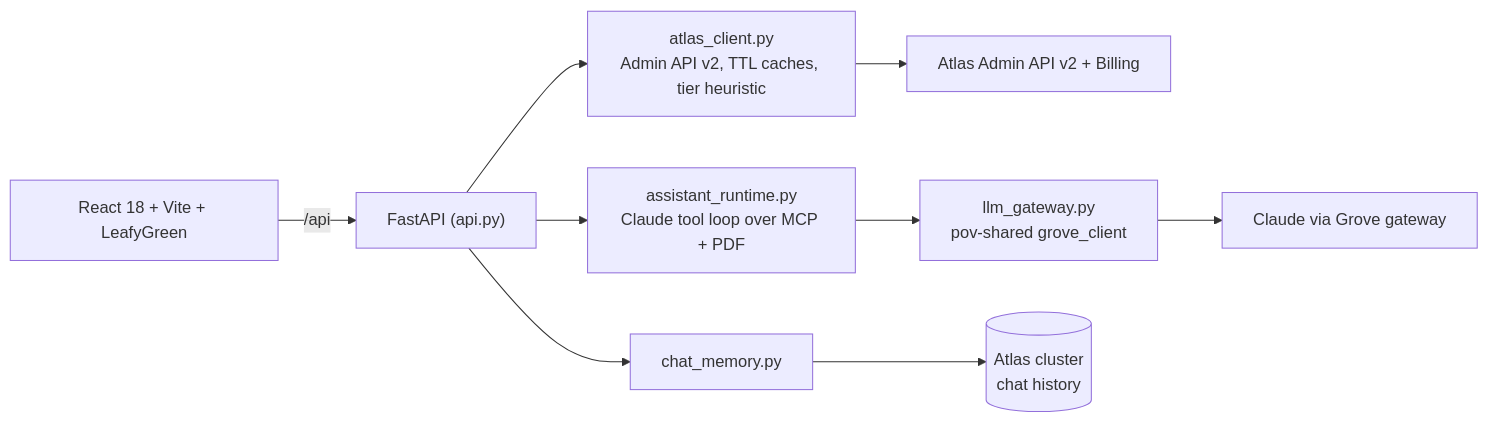
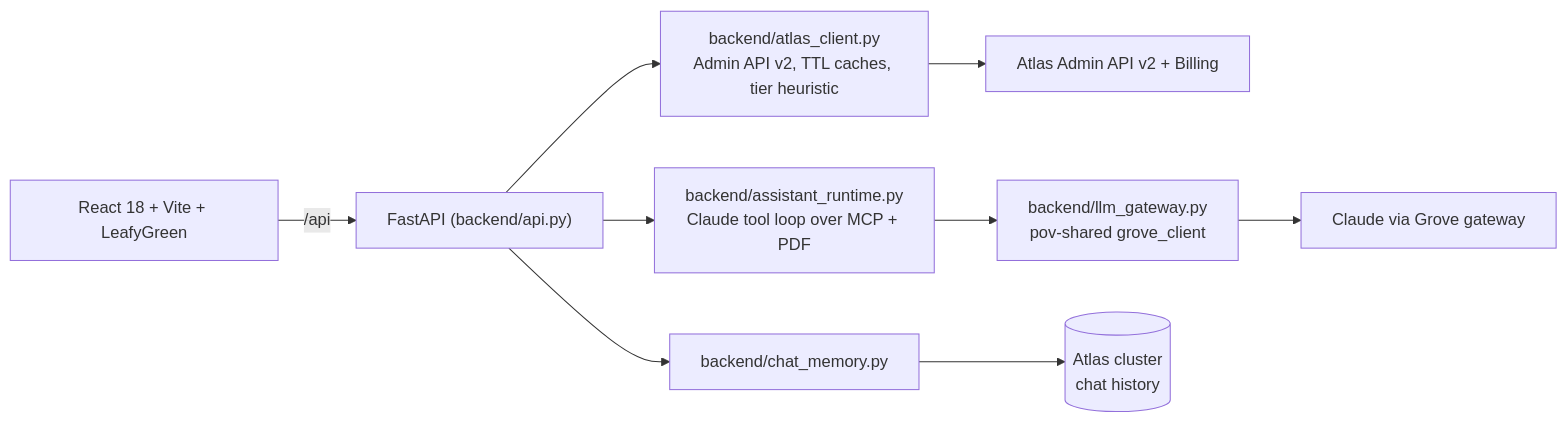
Before and after one commit to adrianofratelli-glitch/atlas-control-plane: the diagram in README.md, drawn with Mermaid. The commit also changed other lines of this file and 43 other files, not shown here.

````diff
--- a/README.md
+++ b/README.md
@@ -39,10 +39,10 @@
 ```mermaid
 flowchart LR
-    UI["React 18 + Vite + LeafyGreen"] -- "/api" --> API["FastAPI (api.py)"]
-    API --> AC["atlas_client.py<br/>Admin API v2, TTL caches, tier heuristic"]
-    API --> AI["assistant_runtime.py<br/>Claude tool loop over MCP + PDF"]
-    API --> CM["chat_memory.py"]
+    UI["React 18 + Vite + LeafyGreen"] -- "/api" --> API["FastAPI (backend/api.py)"]
+    API --> AC["backend/atlas_client.py<br/>Admin API v2, TTL caches, tier heuristic"]
+    API --> AI["backend/assistant_runtime.py<br/>Claude tool loop over MCP + PDF"]
+    API --> CM["backend/chat_memory.py"]
     AC --> ATLAS["Atlas Admin API v2 + Billing"]
-    AI --> GW["llm_gateway.py<br/>pov-shared grove_client"] --> CLAUDE["Claude via Grove gateway"]
+    AI --> GW["backend/llm_gateway.py<br/>pov-shared grove_client"] --> CLAUDE["Claude via Grove gateway"]
     CM --> DB[("Atlas cluster<br/>chat history")]
 ```
````
